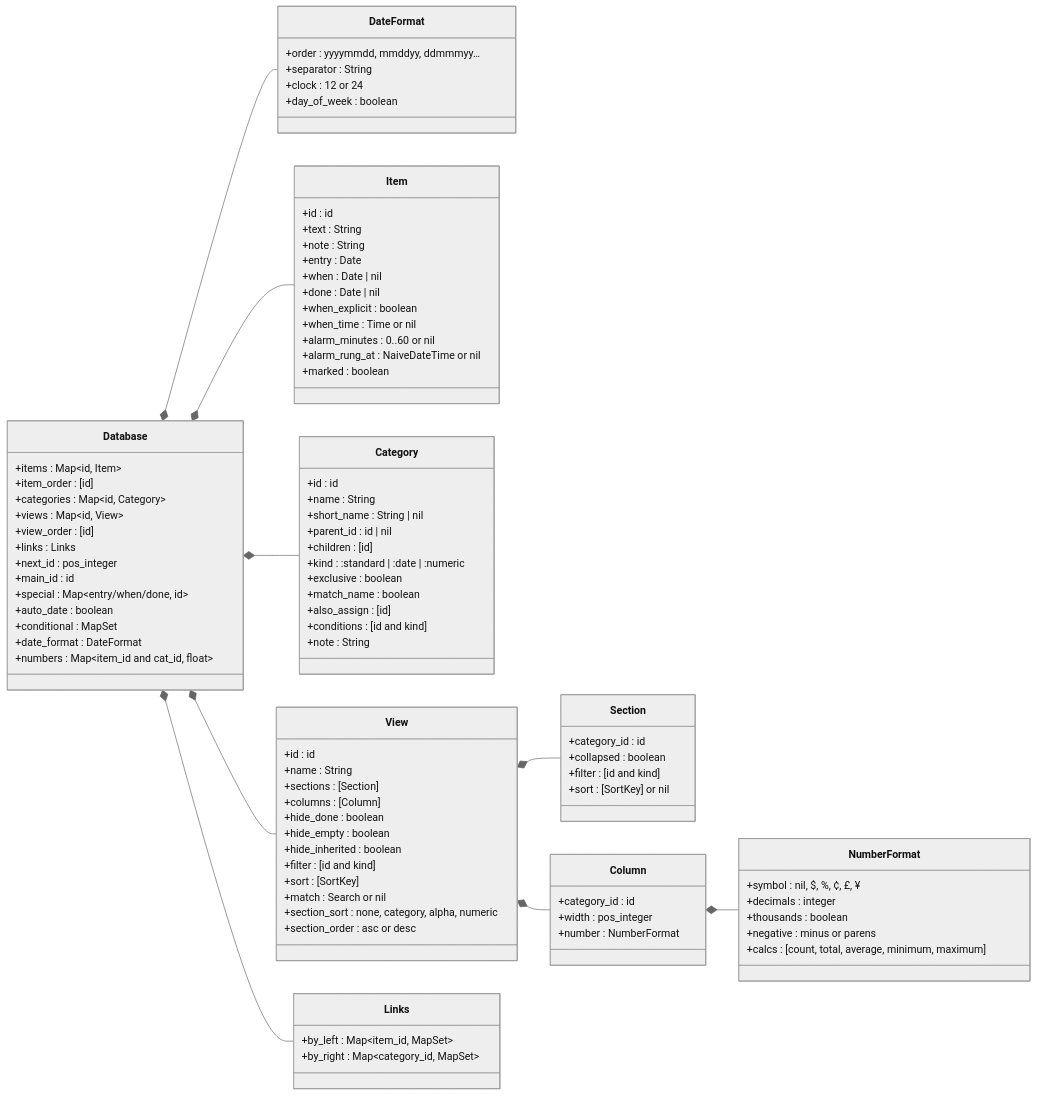
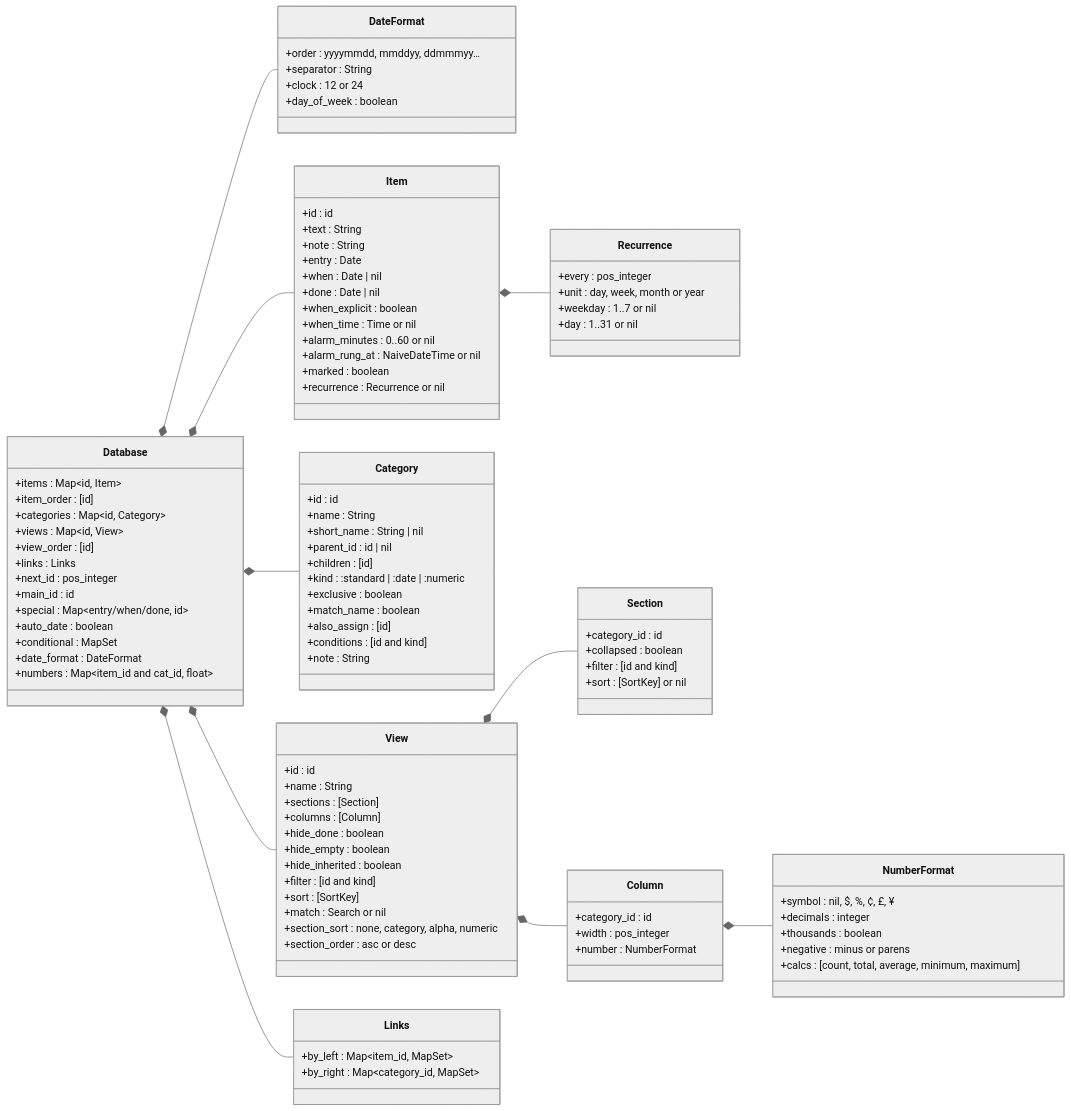
Before and after one commit to jamting/agendum: the second of 6 diagrams in docs/DATA_MODEL.md, drawn with Mermaid (neutral theme). The commit also changed other lines of this file and 18 other files, not shown here.

```diff
--- a/docs/DATA_MODEL.md
+++ b/docs/DATA_MODEL.md
@@ -131,6 +132,13 @@
         +alarm_minutes : 0..60 or nil
         +alarm_rung_at : NaiveDateTime or nil
         +marked : boolean
+        +recurrence : Recurrence or nil
+    }
+    class Recurrence {
+        +every : pos_integer
+        +unit : day, week, month or year
+        +weekday : 1..7 or nil
+        +day : 1..31 or nil
     }
     class Category {
         +id : id
@@ -182,6 +190,7 @@
         +by_right : Map~category_id, MapSet~
     }
     Database *-- Item
+    Item *-- Recurrence
     Database *-- Category
     Database *-- View
     Database *-- Links
```
